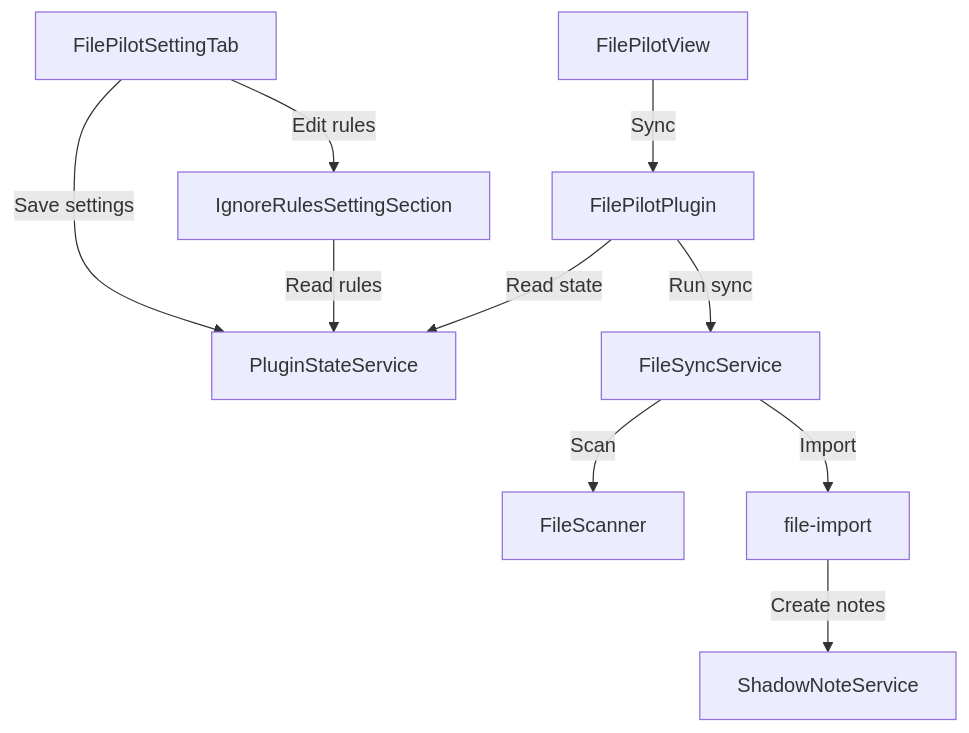
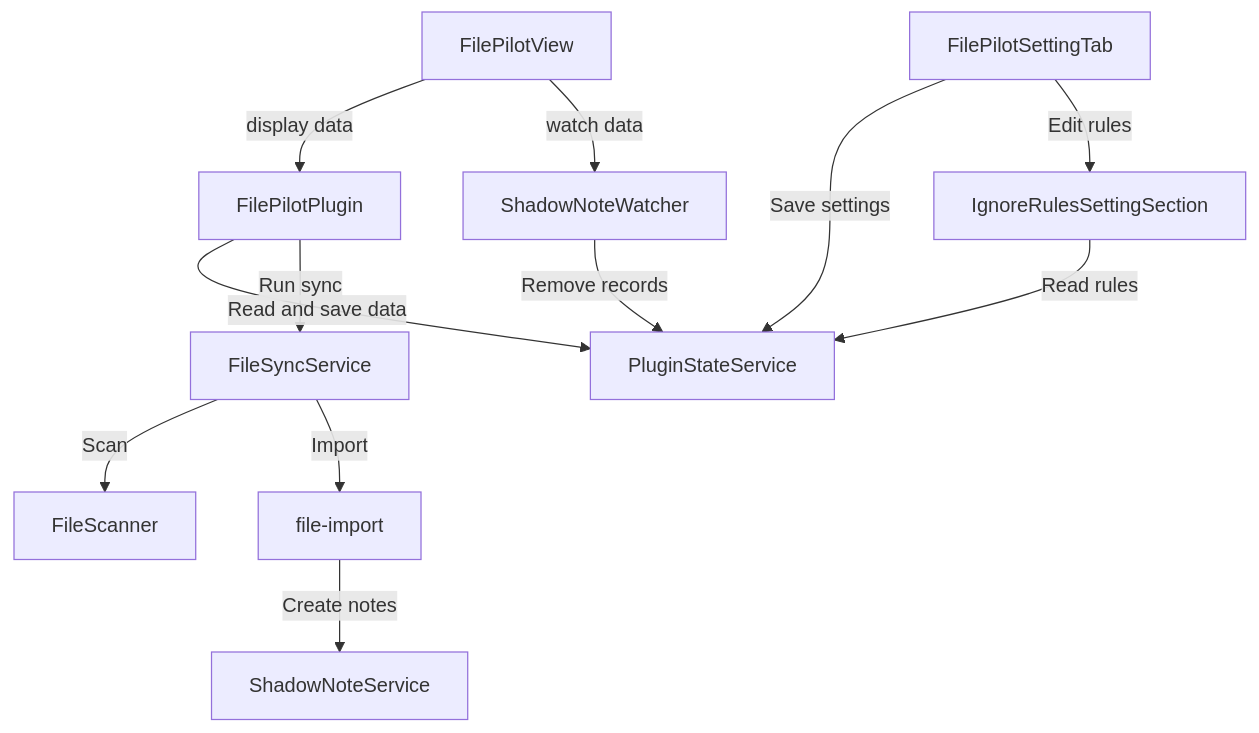
The diagram in docs/architecture.md (bdliangxy/file-pilot), drawn with Mermaid before and after one commit. The commit also changed 7 other files, not shown here.

Commit message:
refactor: centralize Shadow Note change notifications in watcher

````diff
--- a/docs/architecture.md
+++ b/docs/architecture.md
@@ -3,12 +3,14 @@
 ```mermaid
 flowchart TD
-    View["FilePilotView"] -->|"Sync"| Main["FilePilotPlugin"]
+    View["FilePilotView"] -->|"display data"| Main["FilePilotPlugin"]
+    View -->|"watch data"| Watcher["ShadowNoteWatcher"]
+    Watcher -->|"Remove records"| State
     Settings["FilePilotSettingTab"] -->|"Save settings"| State["PluginStateService"]
     Settings -->|"Edit rules"| IgnoreSection["IgnoreRulesSettingSection"]
     IgnoreSection -->|"Read rules"| State
-    Main -->|"Read state"| State
+    Main -->|"Read and save data"| State
     Main -->|"Run sync"| Sync["FileSyncService"]
     Sync -->|"Scan"| Scanner["FileScanner"]
     Sync -->|"Import"| Import["file-import"]
     Import -->|"Create notes"| Shadow["ShadowNoteService"]
 ```
````
